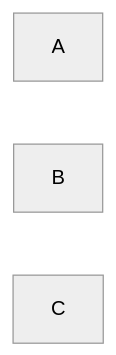
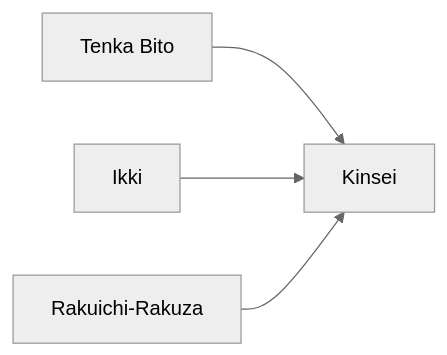
The diagram in Civilizations - Exploration/Sengoku Japan.md (Donnervogel98/Civilization-VII---Obsidian-Vault), drawn with Mermaid (neutral theme) before and after one commit. The commit also changed other lines of this file and 14 other files, not shown here.

````diff
--- a/Civilizations - Exploration/Sengoku Japan.md
+++ b/Civilizations - Exploration/Sengoku Japan.md
@@ -75,6 +84,6 @@
 ```mermaid
 graph LR;
-	A;
-	B;
-	C;
+	A[Tenka Bito] --> D[Kinsei];
+	B[Ikki] --> D;
+	C[Rakuichi-Rakuza] --> D;
 ```
````
